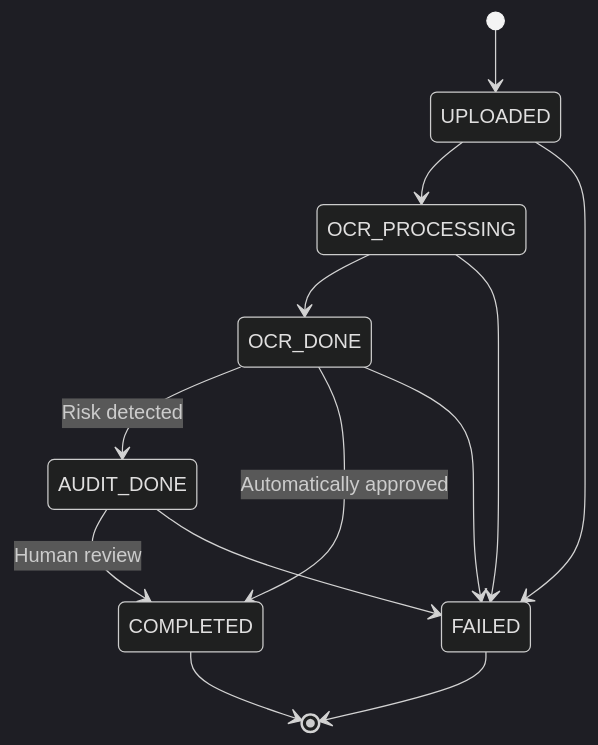
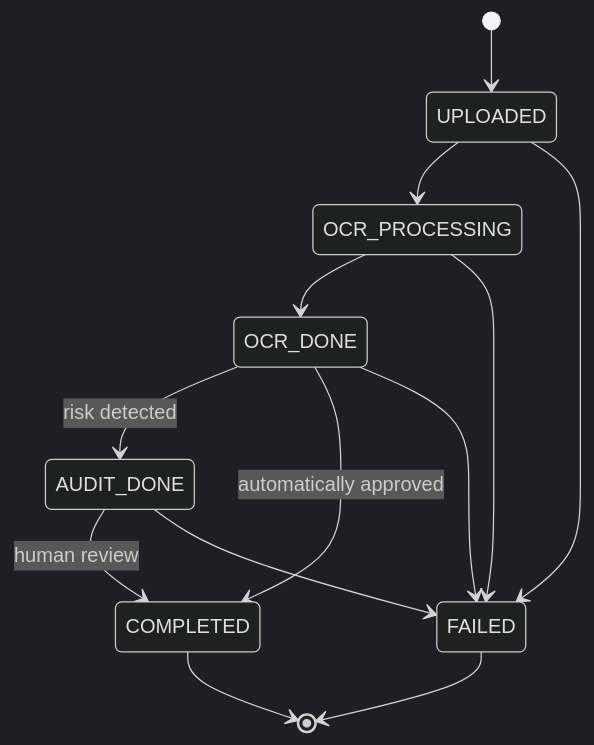
The third of 5 diagrams in README.md (Chuan1130/invoice-agent-system), drawn with Mermaid (dark theme) before and after one commit. The commit also changed other lines of this file, not shown here.

````diff
--- a/README.md
+++ b/README.md
@@ -136,15 +158,15 @@
 ```mermaid
 stateDiagram-v2
     [*] --> UPLOADED
     UPLOADED --> OCR_PROCESSING
     UPLOADED --> FAILED
     OCR_PROCESSING --> OCR_DONE
     OCR_PROCESSING --> FAILED
-    OCR_DONE --> AUDIT_DONE: Risk detected
-    OCR_DONE --> COMPLETED: Automatically approved
+    OCR_DONE --> AUDIT_DONE: risk detected
+    OCR_DONE --> COMPLETED: automatically approved
     OCR_DONE --> FAILED
-    AUDIT_DONE --> COMPLETED: Human review
+    AUDIT_DONE --> COMPLETED: human review
     AUDIT_DONE --> FAILED
     COMPLETED --> [*]
     FAILED --> [*]
 ```
````
